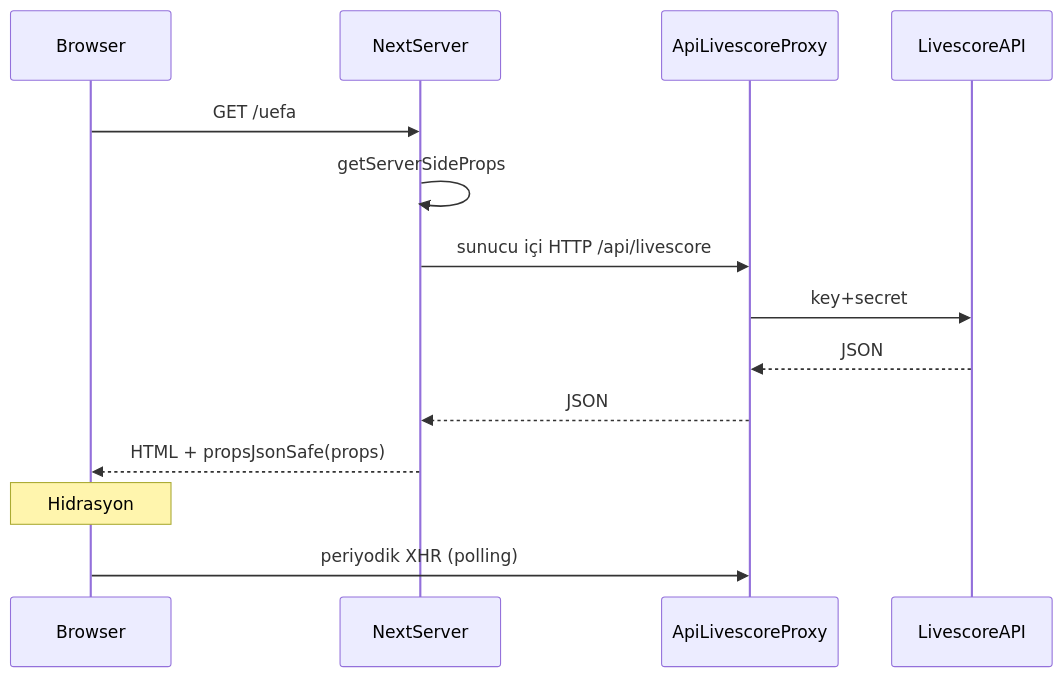
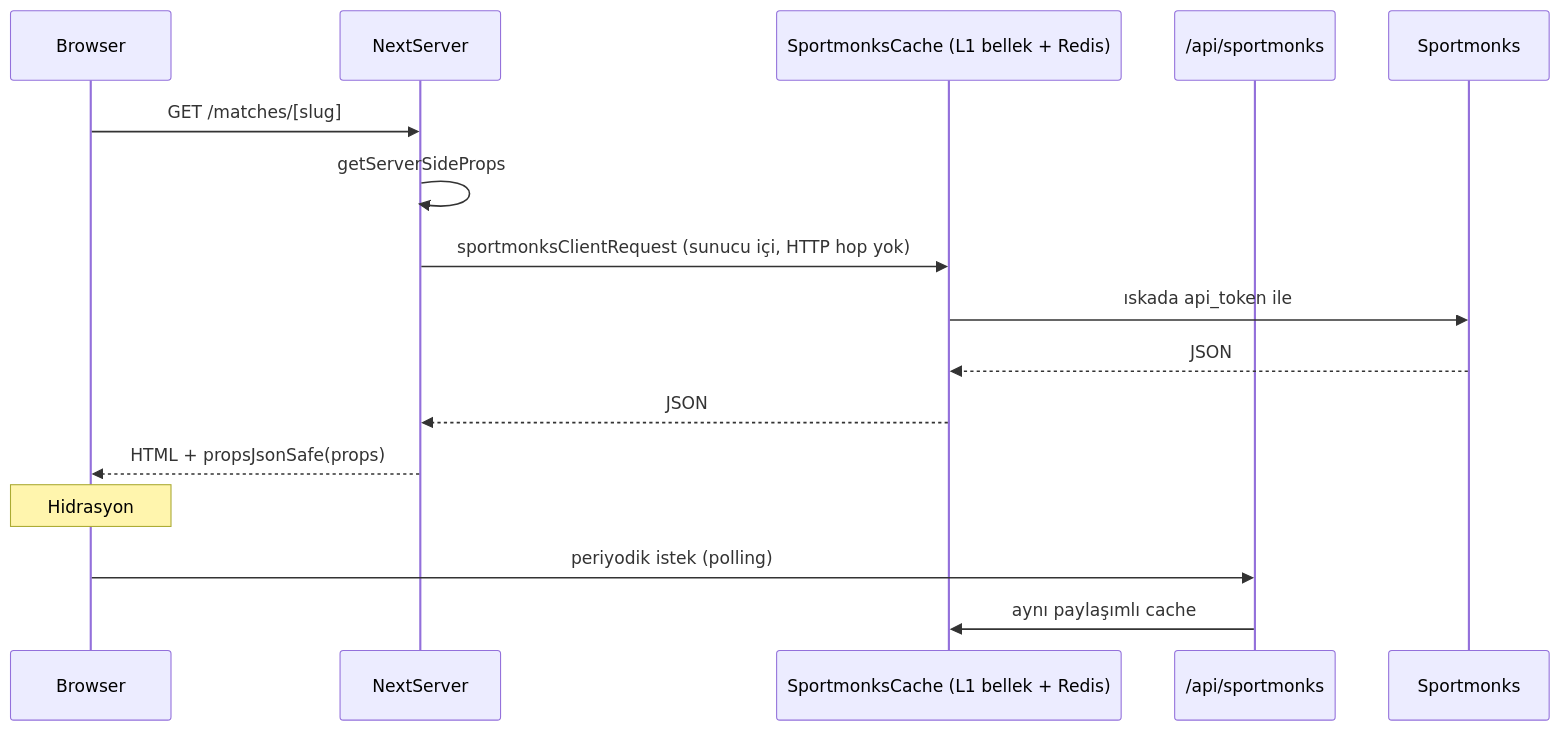
One commit to mkirtay/ofsayt-yok changed the diagram in docs/SSR_VE_CACHE.md. Above: the diagram before and after it, drawn with Mermaid. The commit also changed other lines of this file and 3 other files, not shown here.

First line of the commit message:
docs: eski /api/livescore proxy anlatımları güncel Sportmonks mimarisine göre düzeltildi

````diff
--- a/docs/SSR_VE_CACHE.md
+++ b/docs/SSR_VE_CACHE.md
@@ -12,17 +12,19 @@
 ```mermaid
 sequenceDiagram
   participant Browser
   participant Next as NextServer
-  participant Proxy as ApiLivescoreProxy
-  participant Upstream as LivescoreAPI
+  participant Cache as SportmonksCache (L1 bellek + Redis)
+  participant Proxy as /api/sportmonks
+  participant Upstream as Sportmonks
 
-  Browser->>Next: GET /uefa
+  Browser->>Next: GET /matches/[slug]
   Next->>Next: getServerSideProps
-  Next->>Proxy: sunucu içi HTTP /api/livescore
-  Proxy->>Upstream: key+secret
-  Upstream-->>Proxy: JSON
-  Proxy-->>Next: JSON
+  Next->>Cache: sportmonksClientRequest (sunucu içi, HTTP hop yok)
+  Cache->>Upstream: ıskada api_token ile
+  Upstream-->>Cache: JSON
+  Cache-->>Next: JSON
   Next-->>Browser: HTML + propsJsonSafe(props)
   Note over Browser: Hidrasyon
-  Browser->>Proxy: periyodik XHR (polling)
+  Browser->>Proxy: periyodik istek (polling)
+  Proxy->>Cache: aynı paylaşımlı cache
 ```
````
